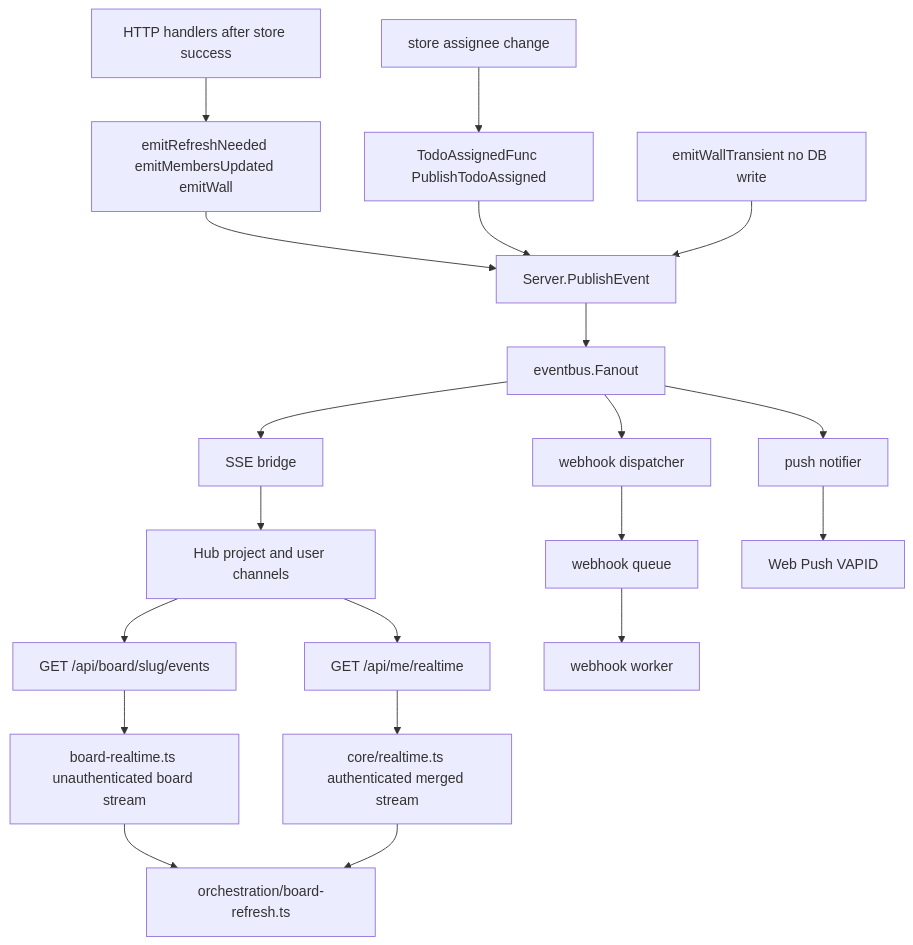
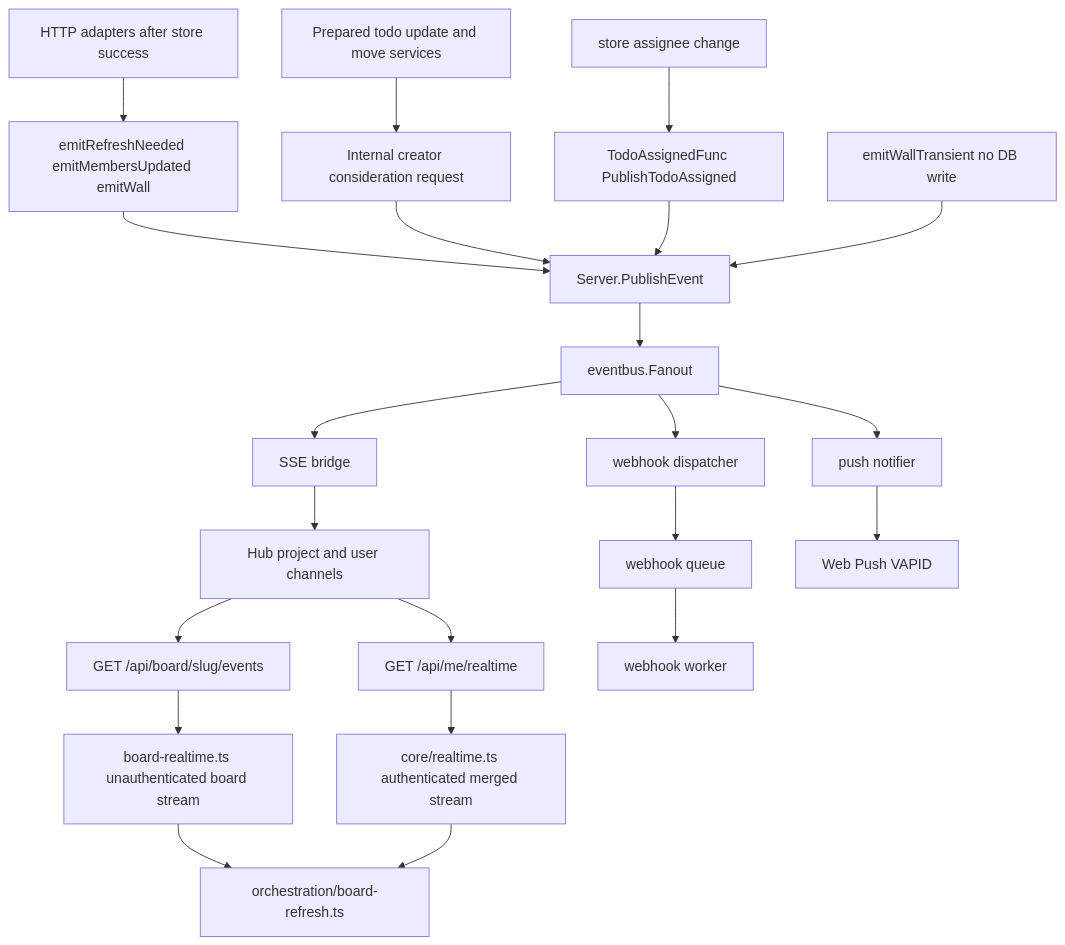
Before and after one commit to markrai/scrumboy: the diagram in docs/diagrams/scrumboy_realtime_events.md, drawn with Mermaid. The commit also changed other lines of this file and 20 other files, not shown here.

Commit message:
emit an internal creator-notification request after committed todo updates and moves

````diff
--- a/docs/diagrams/scrumboy_realtime_events.md
+++ b/docs/diagrams/scrumboy_realtime_events.md
@@ -5,32 +7,35 @@
 ```mermaid
 flowchart TB
-  Handler[HTTP handlers after store success]
+  Handler[HTTP adapters after store success]
+  Prepared[Prepared todo update and move services]
+  CreatorRequest[Internal creator consideration request]
   Emit["emitRefreshNeeded emitMembersUpdated emitWall"]
   Pub[Server.PublishEvent]
   Fan[eventbus.Fanout]
 
   Handler --> Emit --> Pub --> Fan
+  Prepared --> CreatorRequest --> Pub
 
   AssignStore[store assignee change]
   CB["TodoAssignedFunc PublishTodoAssigned"]
   AssignStore --> CB --> Pub
 
   Transient["emitWallTransient no DB write"]
   Transient --> Pub
 
   Fan --> Bridge[SSE bridge]
   Fan --> WHDisp[webhook dispatcher]
   Fan --> PushN[push notifier]
 
   Bridge --> Hub[Hub project and user channels]
   Hub --> BoardSSE["GET /api/board/slug/events"]
   Hub --> UserSSE["GET /api/me/realtime"]
   BoardSSE --> BoardClient[board-realtime.ts unauthenticated board stream]
   UserSSE --> LoggedClient[core/realtime.ts authenticated merged stream]
   BoardClient --> Refresh[orchestration/board-refresh.ts]
   LoggedClient --> Refresh
 
   WHDisp --> Queue[webhook queue]
   Queue --> Worker[webhook worker]
   PushN --> VAPID[Web Push VAPID]
 ```
````
